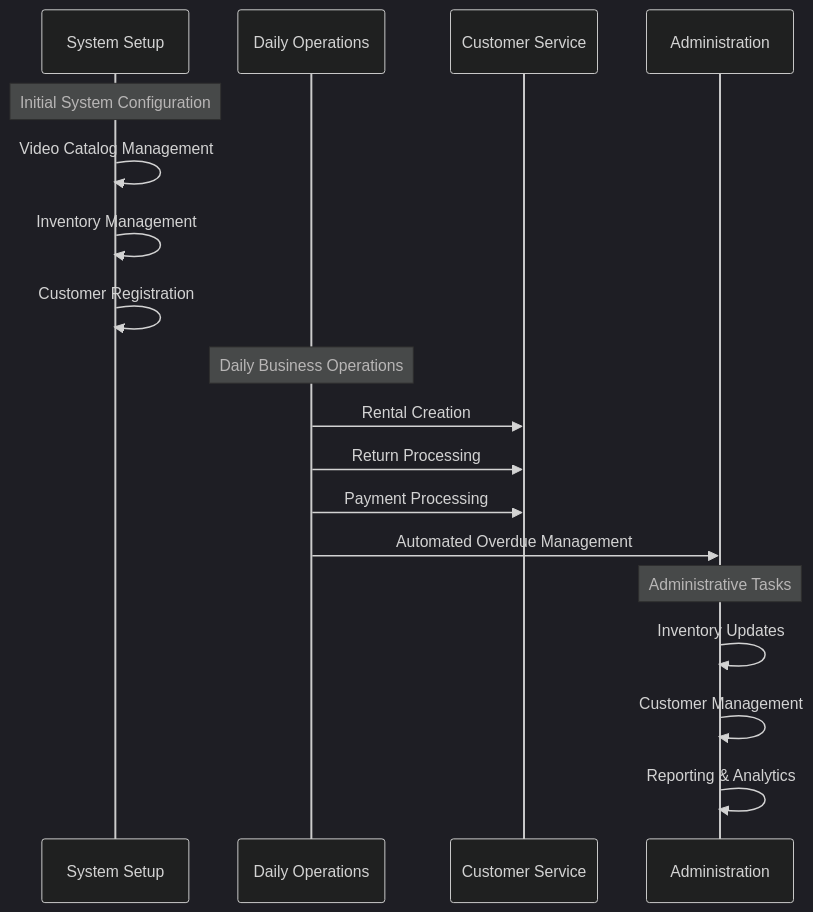
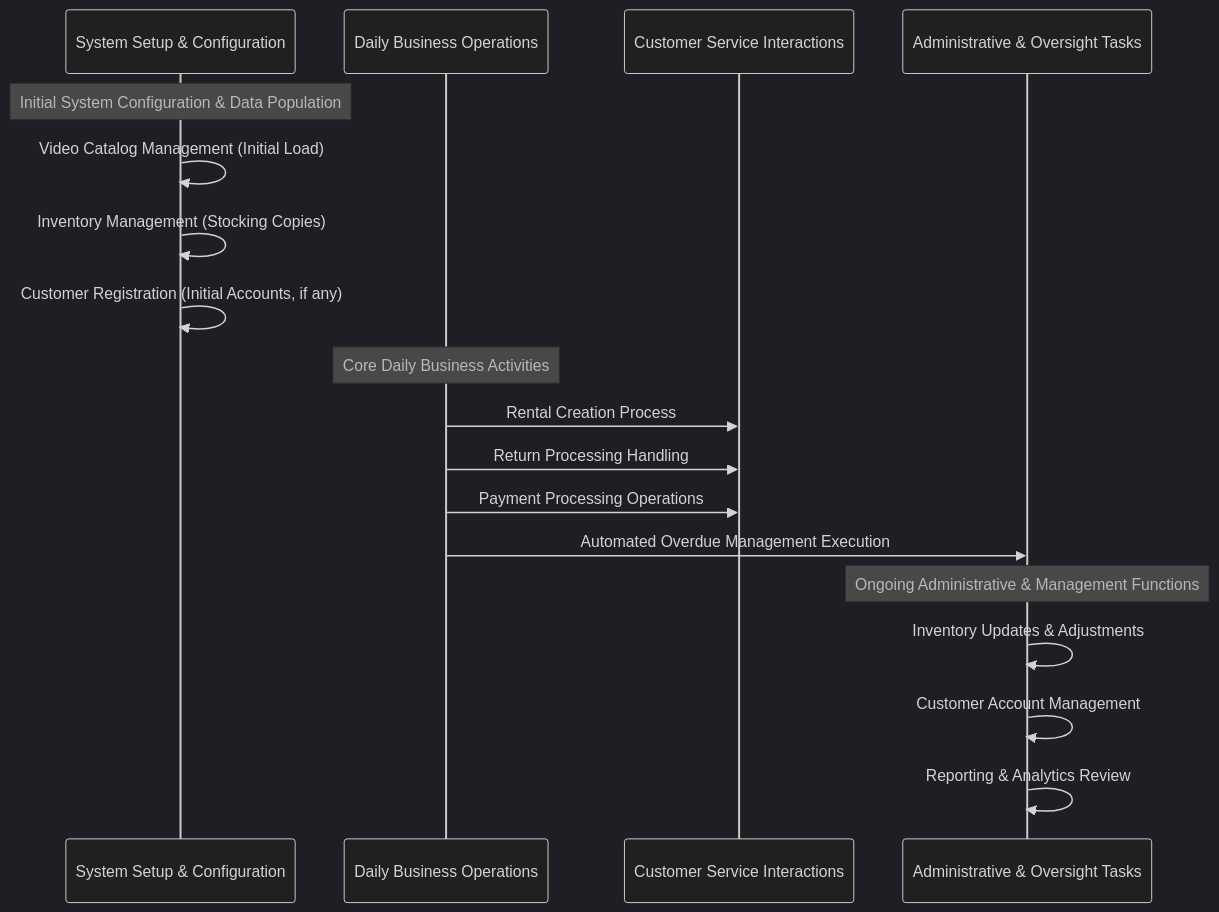
Before and after one commit to tiberius-s/video-rental-demo: the second of 2 diagrams in docs/workflows/00-workflow-interconnections.md, drawn with Mermaid (dark theme). The commit also changed other lines of this file and 20 other files, not shown here.

````diff
--- a/docs/workflows/00-workflow-interconnections.md
+++ b/docs/workflows/00-workflow-interconnections.md
@@ -123,23 +106,23 @@
 ```mermaid
 sequenceDiagram
-    participant Setup as System Setup
-    participant Daily as Daily Operations
-    participant Customer as Customer Service
-    participant Admin as Administration
+    participant Setup as System Setup & Configuration
+    participant DailyOps as Daily Business Operations
+    participant CustService as Customer Service Interactions
+    participant AdminTasks as Administrative & Oversight Tasks
 
-    note over Setup: Initial System Configuration
-    Setup->>Setup: Video Catalog Management
-    Setup->>Setup: Inventory Management
-    Setup->>Setup: Customer Registration
+    note over Setup: Initial System Configuration & Data Population
+    Setup->>Setup: Video Catalog Management (Initial Load)
+    Setup->>Setup: Inventory Management (Stocking Copies)
+    Setup->>Setup: Customer Registration (Initial Accounts, if any)
 
-    note over Daily: Daily Business Operations
-    Daily->>Customer: Rental Creation
-    Daily->>Customer: Return Processing
-    Daily->>Customer: Payment Processing
-    Daily->>Admin: Automated Overdue Management
+    note over DailyOps: Core Daily Business Activities
+    DailyOps->>CustService: Rental Creation Process
+    DailyOps->>CustService: Return Processing Handling
+    DailyOps->>CustService: Payment Processing Operations
+    DailyOps->>AdminTasks: Automated Overdue Management Execution
 
-    note over Admin: Administrative Tasks
-    Admin->>Admin: Inventory Updates
-    Admin->>Admin: Customer Management
-    Admin->>Admin: Reporting & Analytics
+    note over AdminTasks: Ongoing Administrative & Management Functions
+    AdminTasks->>AdminTasks: Inventory Updates & Adjustments
+    AdminTasks->>AdminTasks: Customer Account Management
+    AdminTasks->>AdminTasks: Reporting & Analytics Review
 ```
````
